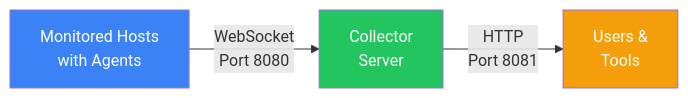
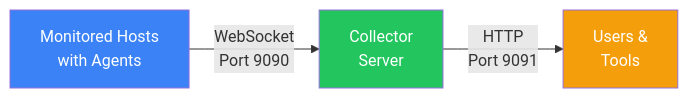
The first of 5 diagrams in README.md (nerdpitchcloud/blinky), drawn with Mermaid before and after one commit. The commit also changed other lines of this file and 8 other files, not shown here.

````diff
--- a/README.md
+++ b/README.md
@@ -27,9 +27,9 @@
 ```mermaid
 graph LR
-    A[Monitored Hosts<br/>with Agents] -->|WebSocket<br/>Port 8080| C[Collector<br/>Server]
-    C -->|HTTP<br/>Port 8081| U[Users &<br/>Tools]
+    A[Monitored Hosts<br/>with Agents] -->|WebSocket<br/>Port 9090| C[Collector<br/>Server]
+    C -->|HTTP<br/>Port 9091| U[Users &<br/>Tools]
     
     style A fill:#3b82f6,color:#fff
     style C fill:#22c55e,color:#fff
     style U fill:#f59e0b,color:#fff
 ```
````
